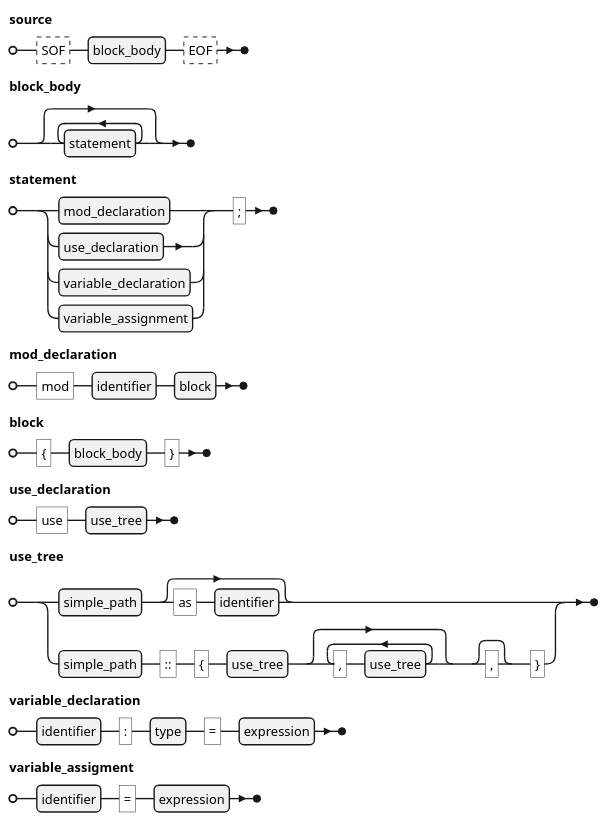
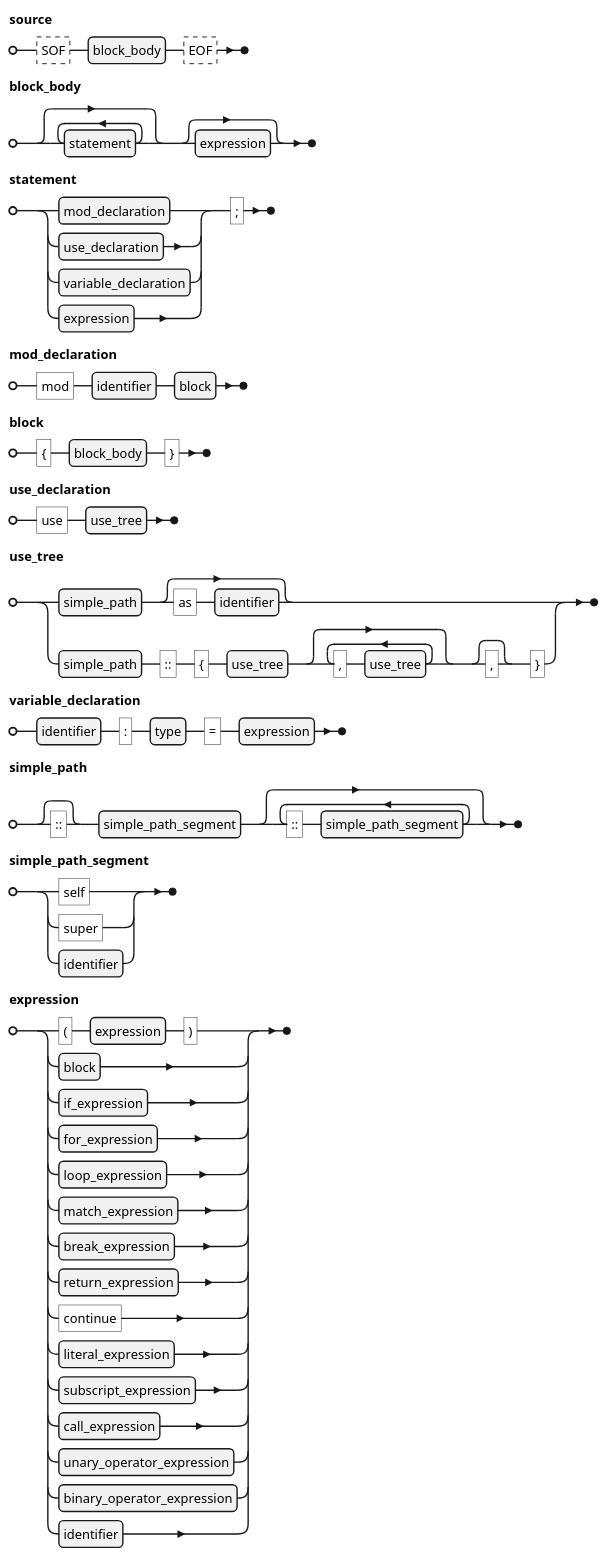
Before and after one commit to PanieriLorenzo/compiler-lang: the diagram in grammar.plantuml, drawn with PlantUML.

```diff
--- a/grammar.plantuml
+++ b/grammar.plantuml
@@ -1,12 +1,31 @@
 @startebnf
 source = ?SOF?, block_body, ?EOF?;
-block_body = {statement};
-statement = (mod_declaration | use_declaration | variable_declaration | variable_assignment), ";";
+block_body = {statement}, [expression];
+statement = (mod_declaration | use_declaration | variable_declaration | expression), ";";
 mod_declaration = "mod", identifier, block;
 block = "{", block_body, "}";
 use_declaration = "use", use_tree;
 use_tree = simple_path, ["as", identifier]
          | simple_path, "::", "{", use_tree, { ",", use_tree }, [","], "}";
 variable_declaration = identifier, ":", type, "=", expression;
-variable_assigment = identifier, "=", expression;
+simple_path = ["::"], simple_path_segment, {"::", simple_path_segment};
+simple_path_segment = "self"
+                    | "super"
+                    | identifier;
+expression = "(", expression, ")"
+           | block
+           | if_expression
+           | for_expression
+           | loop_expression
+           | match_expression
+           | break_expression
+           | return_expression
+           | "continue"
+           | literal_expression
+           | subscript_expression
+           | call_expression
+           | unary_operator_expression
+           | binary_operator_expression
+           | identifier;
+           
 @endebnf
```
